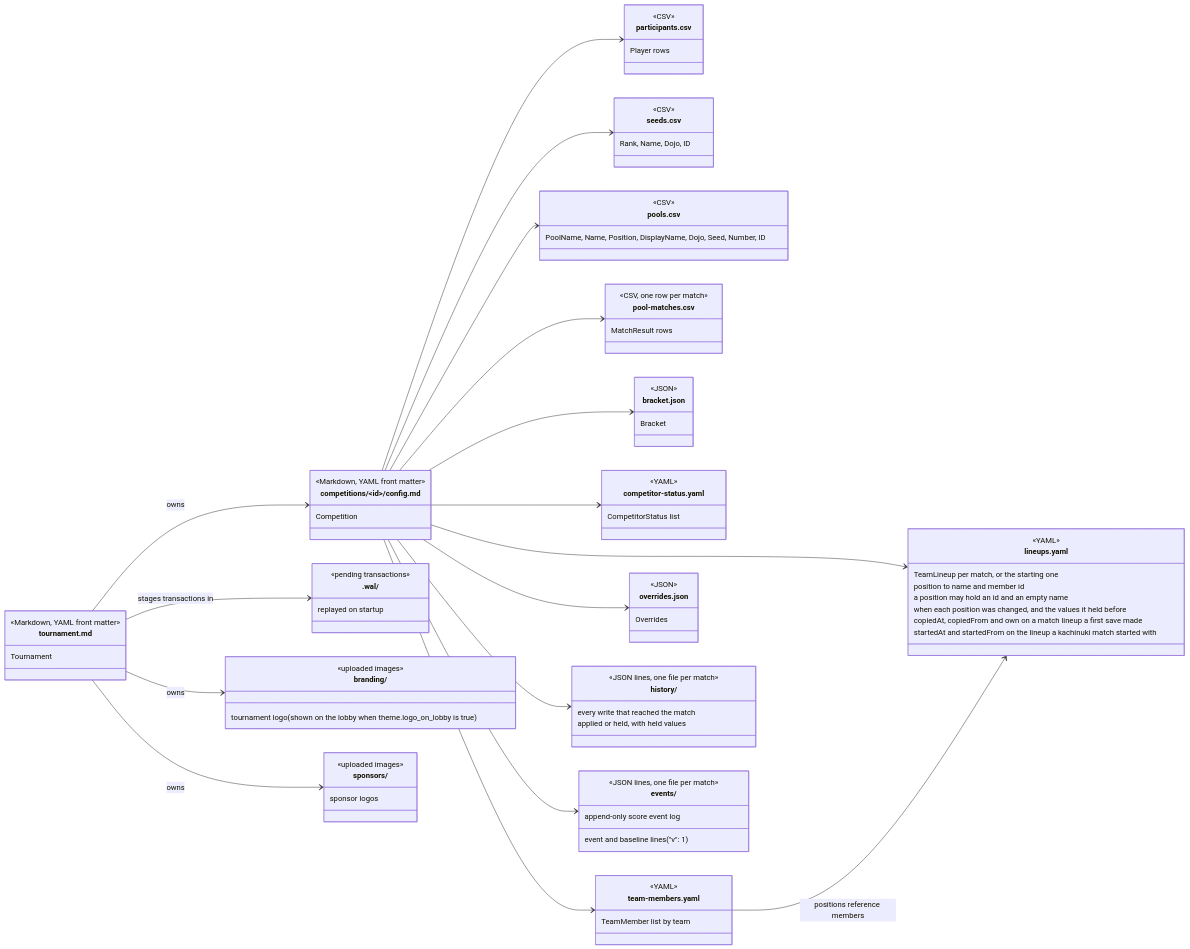
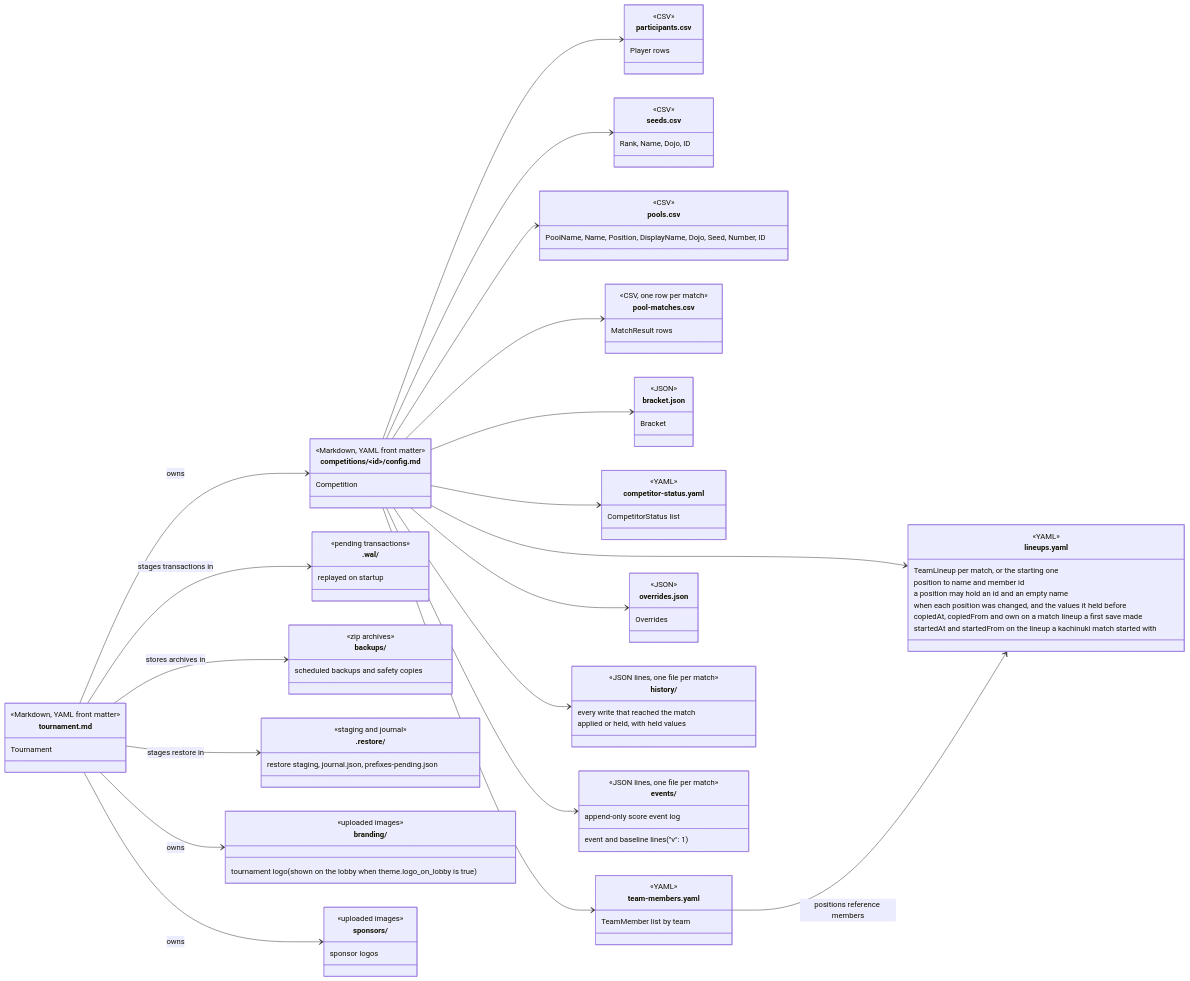
One commit to gitrgoliveira/bracket-creator changed the third of 4 diagrams in docs/architecture/data-model.md. Above: the diagram before and after it, drawn with Mermaid. The commit also changed other lines of this file and 19 other files, not shown here.

```diff
--- a/docs/architecture/data-model.md
+++ b/docs/architecture/data-model.md
@@ -600,6 +600,14 @@
         <<pending transactions>>
         replayed on startup
     }
+    class backups_dir["backups/"] {
+        <<zip archives>>
+        scheduled backups and safety copies
+    }
+    class restore_dir[".restore/"] {
+        <<staging and journal>>
+        restore staging, journal.json, prefixes-pending.json
+    }
     class branding_dir["branding/"] {
         <<uploaded images>>
         tournament logo (shown on the lobby when theme.logo_on_lobby is true)
@@ -613,6 +621,8 @@
     tournament_md --> branding_dir : owns
     tournament_md --> sponsors_dir : owns
     tournament_md --> wal : stages transactions in
+    tournament_md --> backups_dir : stores archives in
+    tournament_md --> restore_dir : stages restore in
     config_md --> participants_csv
     config_md --> seeds_csv
     config_md --> pools_csv
```
